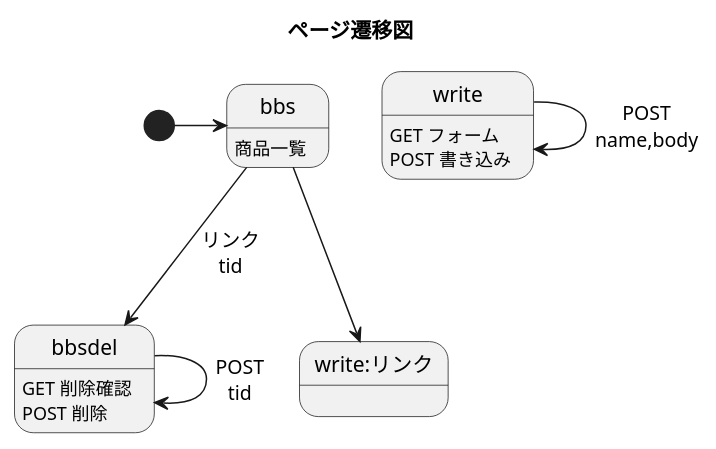
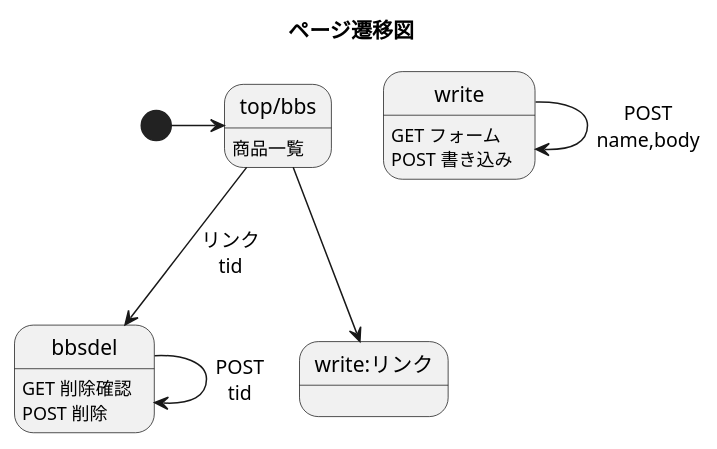
Before and after one commit to koharas/WebExample: the diagram in uml/gamen.pu, drawn with PlantUML. The commit also changed 2 other files, not shown here.

```diff
--- a/uml/gamen.pu
+++ b/uml/gamen.pu
@@ -1,12 +1,13 @@
 @startuml
 title ページ遷移図
-bbs : 商品一覧
+state "top/bbs"  as bbs
+bbs: 商品一覧
 bbsdel:GET 削除確認\nPOST 削除
 write:GET フォーム\nPOST 書き込み
 
 [*]->bbs
 bbs-->bbsdel:リンク\ntid
 bbsdel-->bbsdel:POST\ntid
 bbs-->write:リンク
 write-->write:POST\nname,body
 @enduml
```
